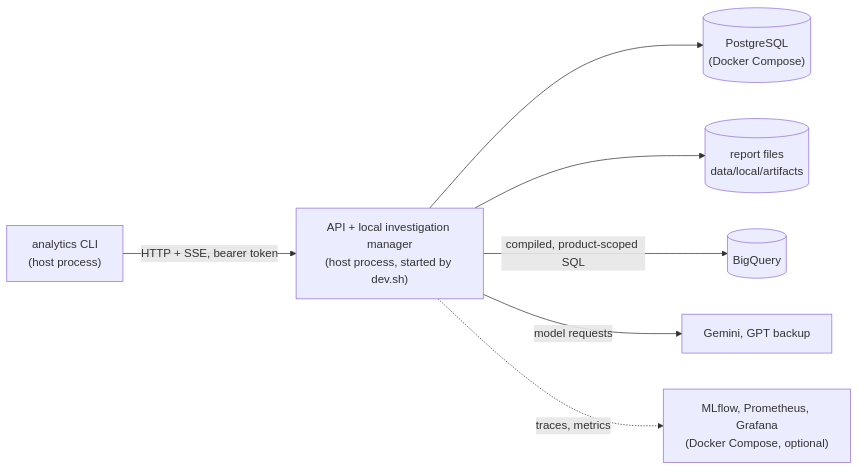
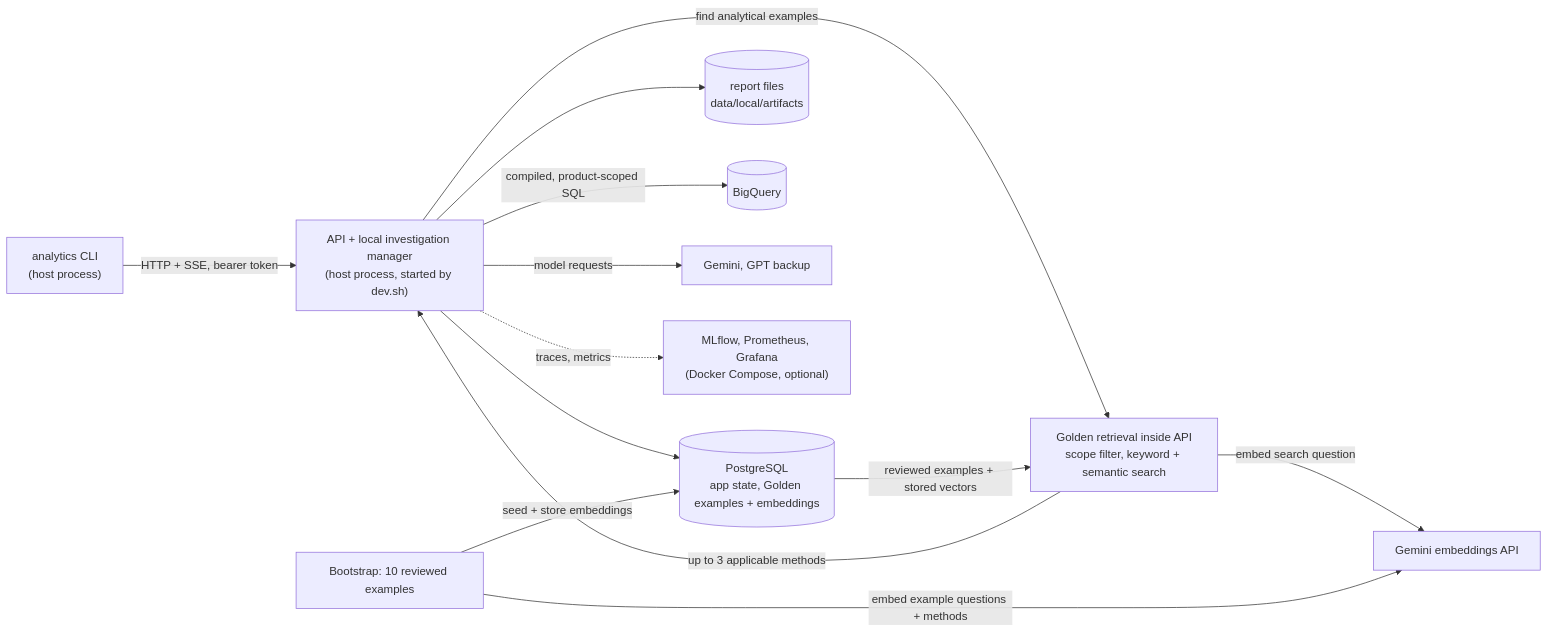
The diagram in README.md (diego1q2w/retail-analytics-agent), drawn with Mermaid before and after one commit. The commit also changed other lines of this file and 4 other files, not shown here.

Commit message:
docs: explain Golden retrieval and evaluation flow

````diff
--- a/README.md
+++ b/README.md
@@ -62,9 +62,15 @@
 ```mermaid
 flowchart LR
     cli["analytics CLI<br/>(host process)"] -- "HTTP + SSE, bearer token" --> api["API + local investigation manager<br/>(host process, started by dev.sh)"]
-    api --> pg[("PostgreSQL<br/>(Docker Compose)")]
+    api --> pg[("PostgreSQL<br/>app state, Golden examples + embeddings")]
+    api -- "find analytical examples" --> retrieval["Golden retrieval inside API<br/>scope filter, keyword + semantic search"]
+    pg -- "reviewed examples + stored vectors" --> retrieval
+    retrieval -- "embed search question" --> embeddings["Gemini embeddings API"]
+    retrieval -- "up to 3 applicable methods" --> api
+    seed["Bootstrap: 10 reviewed examples"] -- "seed + store embeddings" --> pg
+    seed -- "embed example questions + methods" --> embeddings
     api --> files[("report files<br/>data/local/artifacts")]
     api -- "compiled, product-scoped SQL" --> bq[("BigQuery")]
     api -- "model requests" --> llm["Gemini, GPT backup"]
     api -. "traces, metrics" .-> tel["MLflow, Prometheus, Grafana<br/>(Docker Compose, optional)"]
 ```
````
